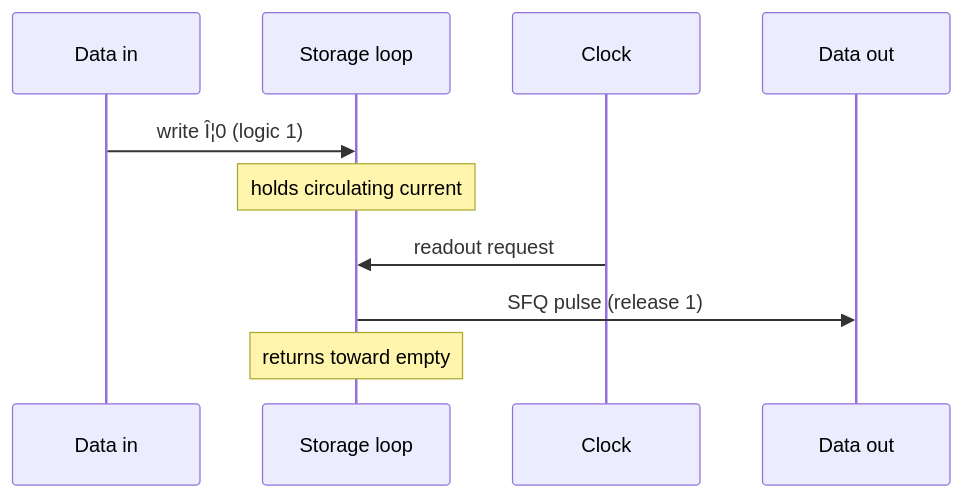
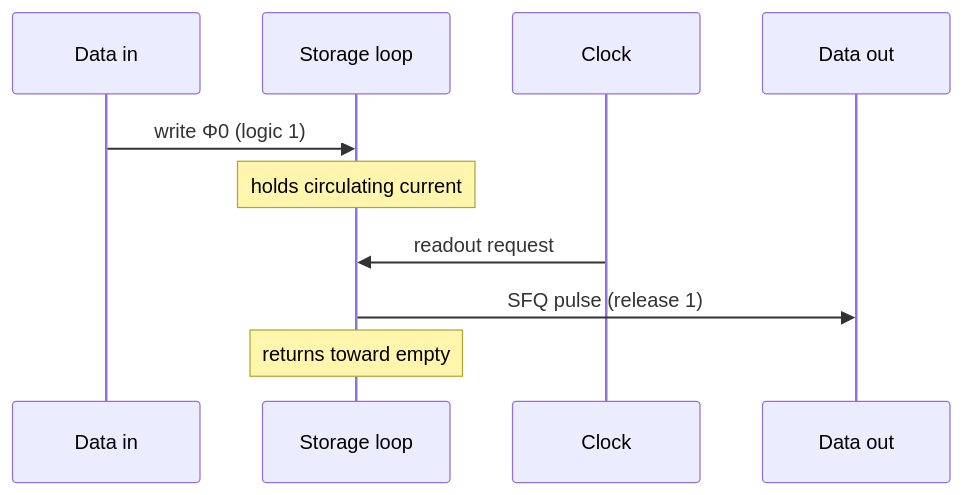
Before and after one commit to Single-Flux-Quantum/sfq-learn-public: the second of 2 diagrams in docs/bridge/pulse-to-logic-state.md, drawn with Mermaid. The commit also changed other lines of this file and 39 other files, not shown here.

````diff
--- a/docs/bridge/pulse-to-logic-state.md
+++ b/docs/bridge/pulse-to-logic-state.md
@@ -176,12 +176,12 @@
 ```mermaid
 sequenceDiagram
   participant D as Data in
   participant L as Storage loop
   participant C as Clock
   participant O as Data out
-  D->>L: write Î¦0 (logic 1)
+  D->>L: write Φ0 (logic 1)
   Note over L: holds circulating current
   C->>L: readout request
   L->>O: SFQ pulse (release 1)
   Note over L: returns toward empty
 ```
````
